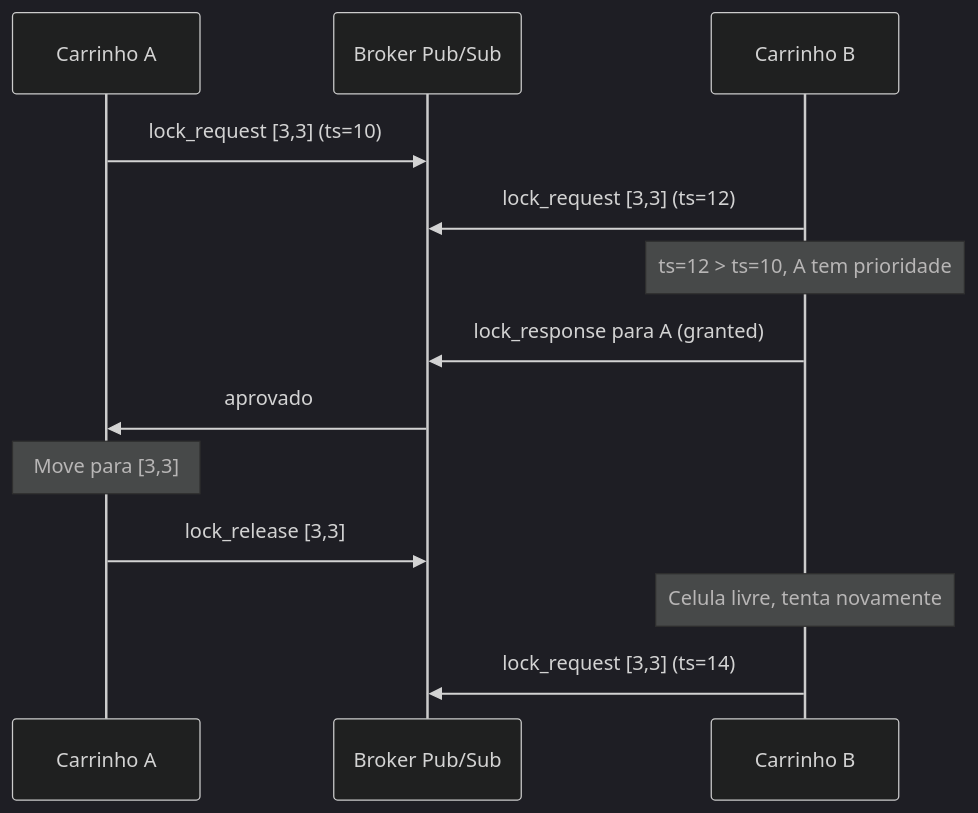
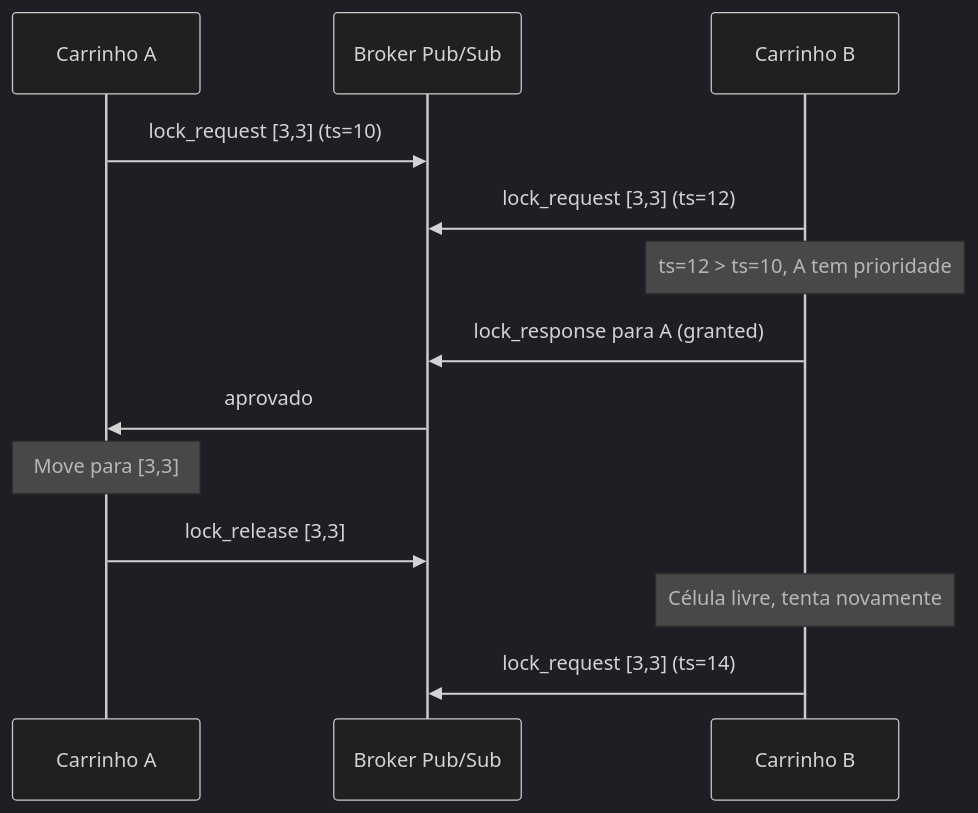
One commit to kaualimadesouza/EP_DSID changed the third of 5 diagrams in docs/PLANNING.md. Above: the diagram before and after it, drawn with Mermaid (dark theme). The commit also changed other lines of this file and 5 other files, not shown here.

````diff
--- a/docs/PLANNING.md
+++ b/docs/PLANNING.md
@@ -94,19 +110,19 @@
 ```mermaid
 sequenceDiagram
     participant A as Carrinho A
     participant Broker as Broker Pub/Sub
     participant B as Carrinho B
 
     A->>Broker: lock_request [3,3] (ts=10)
     B->>Broker: lock_request [3,3] (ts=12)
 
     Note over B: ts=12 > ts=10, A tem prioridade
     B->>Broker: lock_response para A (granted)
 
     Broker->>A: aprovado
     Note over A: Move para [3,3]
     A->>Broker: lock_release [3,3]
 
-    Note over B: Celula livre, tenta novamente
+    Note over B: Célula livre, tenta novamente
     B->>Broker: lock_request [3,3] (ts=14)
 ```
````
